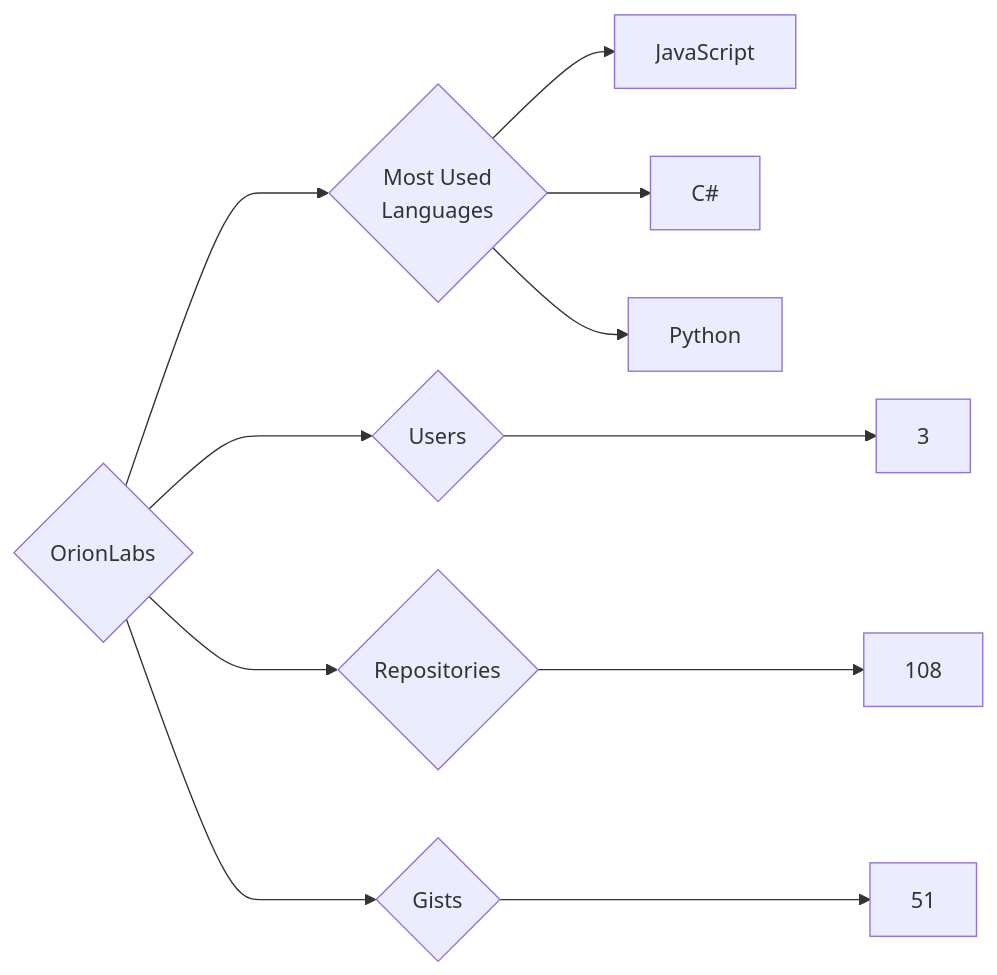
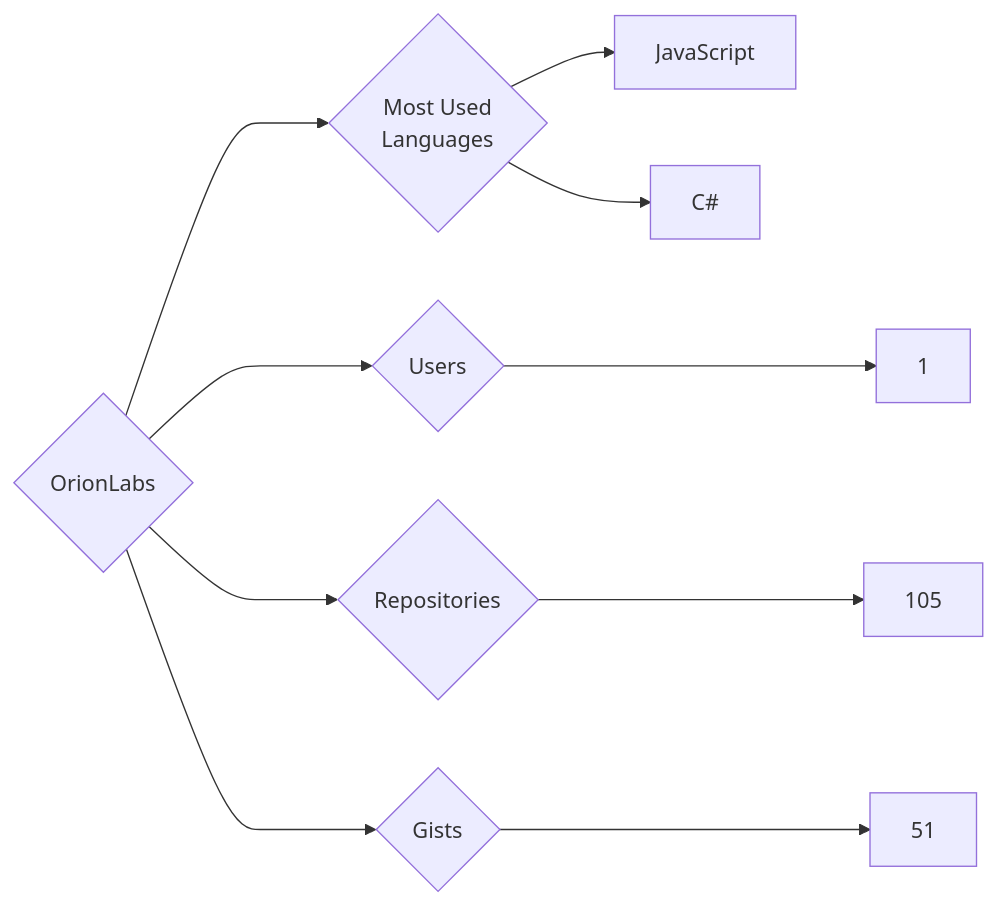
Before and after one commit to trickest/insiders: the diagram in targets/OrionLabs/README.md, drawn with Mermaid. The commit also changed 1389 other files, not shown here.

````diff
--- a/targets/OrionLabs/README.md
+++ b/targets/OrionLabs/README.md
@@ -3,11 +3,10 @@
 ```mermaid
 graph LR
 COMPANY_NAME{OrionLabs}
-COMPANY_NAME ---> U{Users} ---> UN[3]
-COMPANY_NAME ---> R{Repositories} ---> RN[108]
+COMPANY_NAME ---> U{Users} ---> UN[1]
+COMPANY_NAME ---> R{Repositories} ---> RN[105]
 COMPANY_NAME ---> G{Gists} ---> GN[51]
 COMPANY_NAME ---> ML{Most Used<br>Languages}
 ML --> JavaScript[JavaScript]
 ML --> C#[C#]
-ML --> Python[Python]
 ```
````
